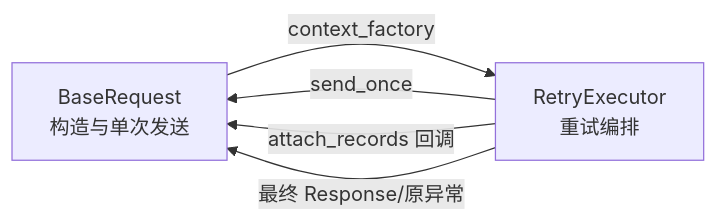
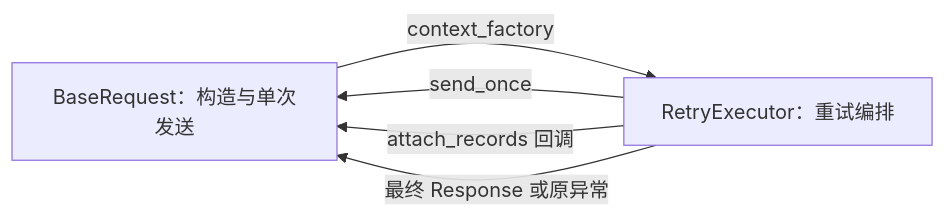
Before and after one commit to wjy801/llm_api_case: diagram 14 of 20 in course/DAY01_EVOLUTION_PROBLEM_MAP.md, drawn with Mermaid. The commit also changed other lines of this file, not shown here.

````diff
--- a/course/DAY01_EVOLUTION_PROBLEM_MAP.md
+++ b/course/DAY01_EVOLUTION_PROBLEM_MAP.md
@@ -439,7 +376,7 @@
 ```mermaid
 flowchart LR
-    BR[BaseRequest<br/>构造与单次发送] -->|context_factory| RE[RetryExecutor<br/>重试编排]
-    RE -->|send_once| BR
-    RE -->|attach_records 回调| BR
-    RE -->|最终 Response/原异常| BR
+    A["BaseRequest：构造与单次发送"] -->|"context_factory"| B["RetryExecutor：重试编排"]
+    B -->|"send_once"| A
+    B -->|"attach_records 回调"| A
+    B -->|"最终 Response 或原异常"| A
 ```
````
